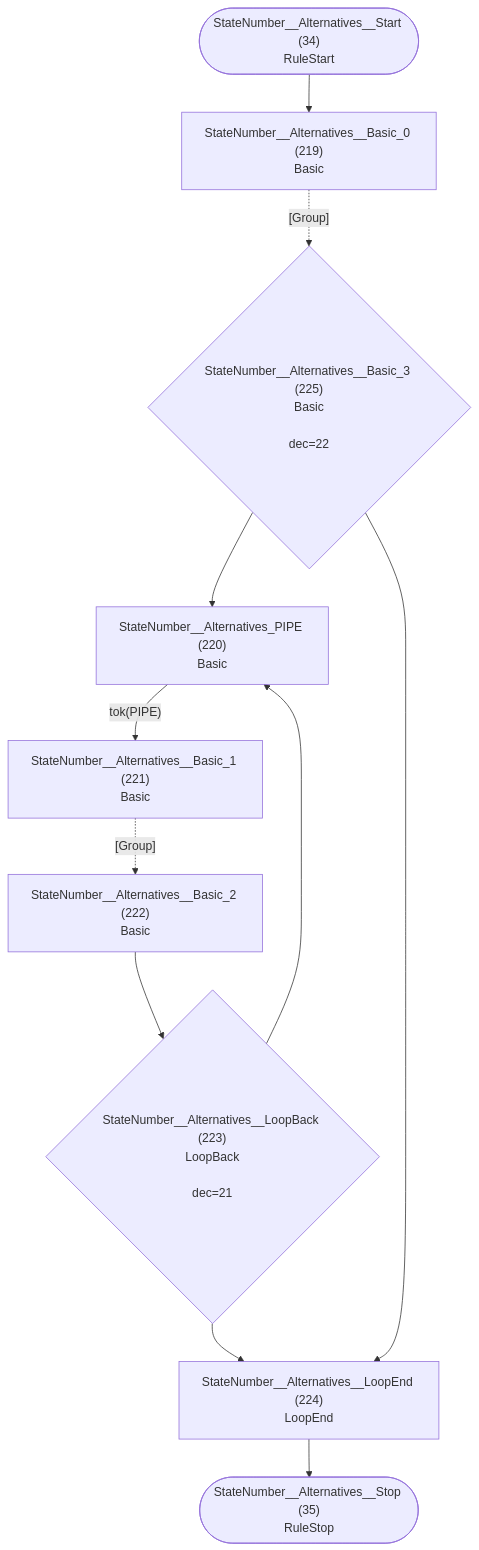
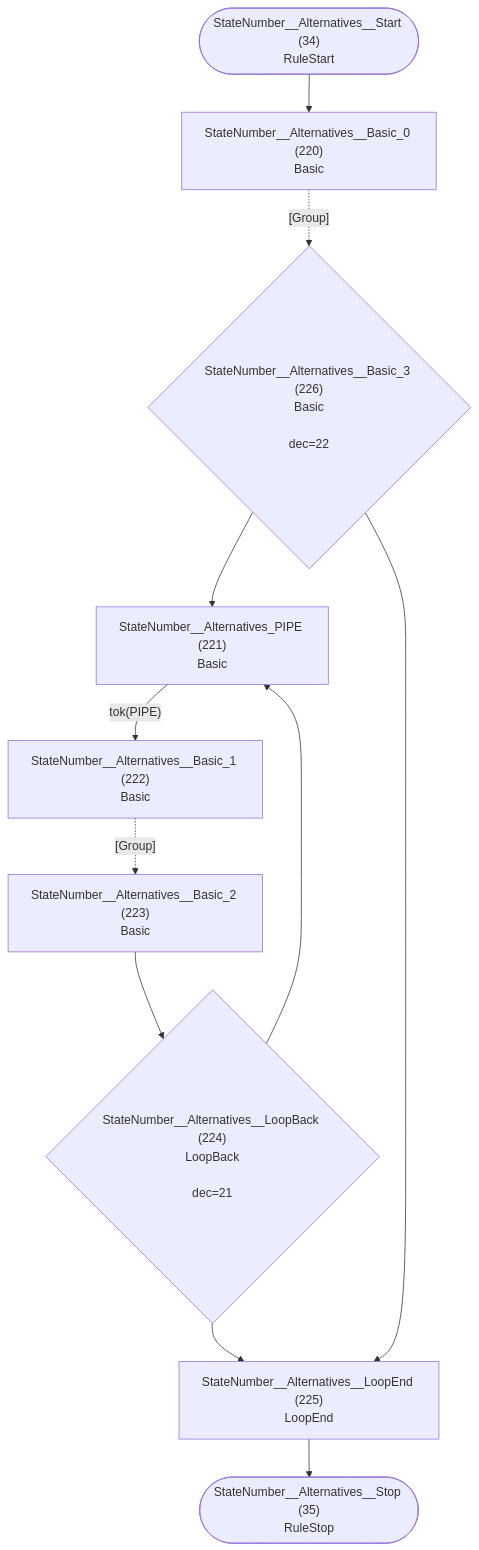
Before and after one commit to TypeFox/fastbelt: diagram 18 of 32 in internal/grammar/atn.md, drawn with Mermaid. The commit also changed other lines of this file and 6 other files, not shown here.

````diff
--- a/internal/grammar/atn.md
+++ b/internal/grammar/atn.md
@@ -514,23 +516,23 @@
 ```mermaid
 flowchart TD
     q34(["StateNumber__Alternatives__Start (34)<br/>RuleStart"])
     q35(["StateNumber__Alternatives__Stop (35)<br/>RuleStop"])
-    q219["StateNumber__Alternatives__Basic_0 (219)<br/>Basic<br/>"]
-    q220["StateNumber__Alternatives_PIPE (220)<br/>Basic<br/>"]
-    q221["StateNumber__Alternatives__Basic_1 (221)<br/>Basic<br/>"]
-    q222["StateNumber__Alternatives__Basic_2 (222)<br/>Basic<br/>"]
-    q223{"StateNumber__Alternatives__LoopBack (223)<br/>LoopBack<br/><br/>dec=21"}
-    q224["StateNumber__Alternatives__LoopEnd (224)<br/>LoopEnd<br/>"]
-    q225{"StateNumber__Alternatives__Basic_3 (225)<br/>Basic<br/><br/>dec=22"}
+    q220["StateNumber__Alternatives__Basic_0 (220)<br/>Basic<br/>"]
+    q221["StateNumber__Alternatives_PIPE (221)<br/>Basic<br/>"]
+    q222["StateNumber__Alternatives__Basic_1 (222)<br/>Basic<br/>"]
+    q223["StateNumber__Alternatives__Basic_2 (223)<br/>Basic<br/>"]
+    q224{"StateNumber__Alternatives__LoopBack (224)<br/>LoopBack<br/><br/>dec=21"}
+    q225["StateNumber__Alternatives__LoopEnd (225)<br/>LoopEnd<br/>"]
+    q226{"StateNumber__Alternatives__Basic_3 (226)<br/>Basic<br/><br/>dec=22"}
 
-    q34 --> q219
-    q219 -.->|"[Group]"| q225
-    q220 -->|"tok(PIPE)"| q221
-    q221 -.->|"[Group]"| q222
-    q222 --> q223
-    q223 --> q220
+    q34 --> q220
+    q220 -.->|"[Group]"| q226
+    q221 -->|"tok(PIPE)"| q222
+    q222 -.->|"[Group]"| q223
     q223 --> q224
-    q224 --> q35
-    q225 --> q220
-    q225 --> q224
+    q224 --> q221
+    q224 --> q225
+    q225 --> q35
+    q226 --> q221
+    q226 --> q225
 ```
````
